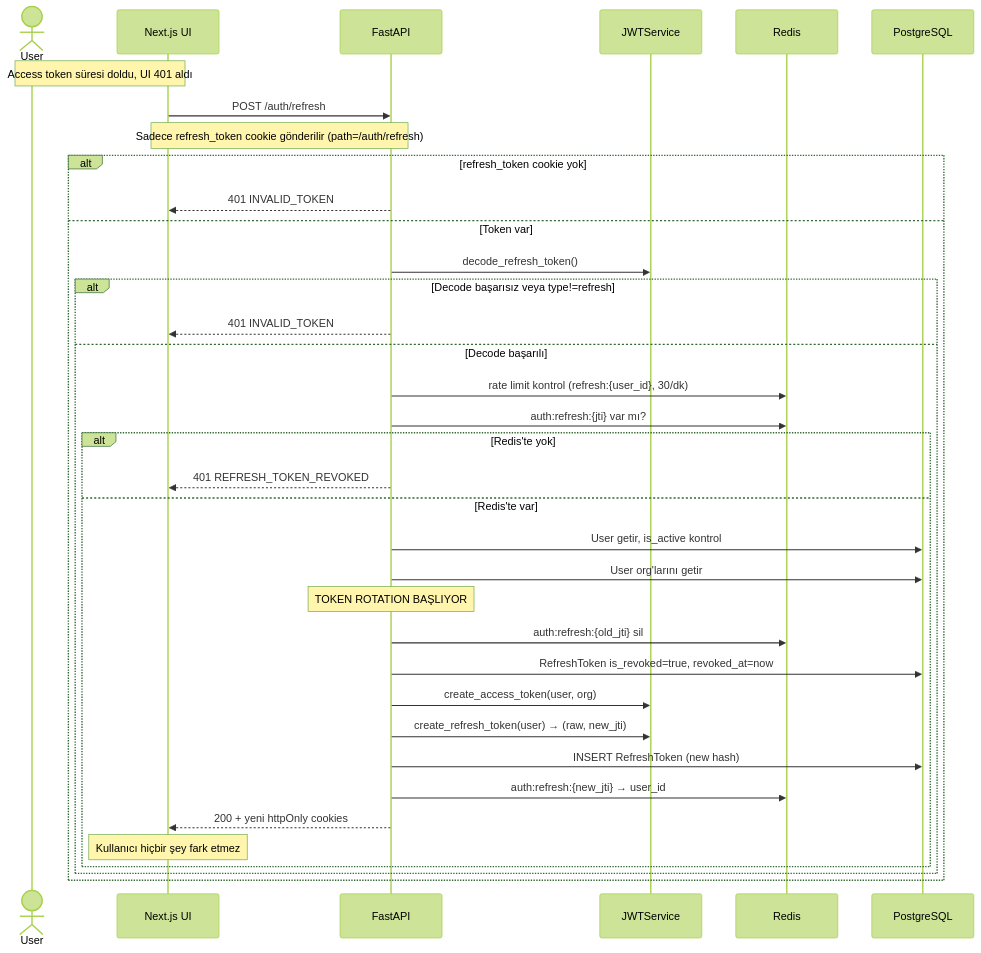
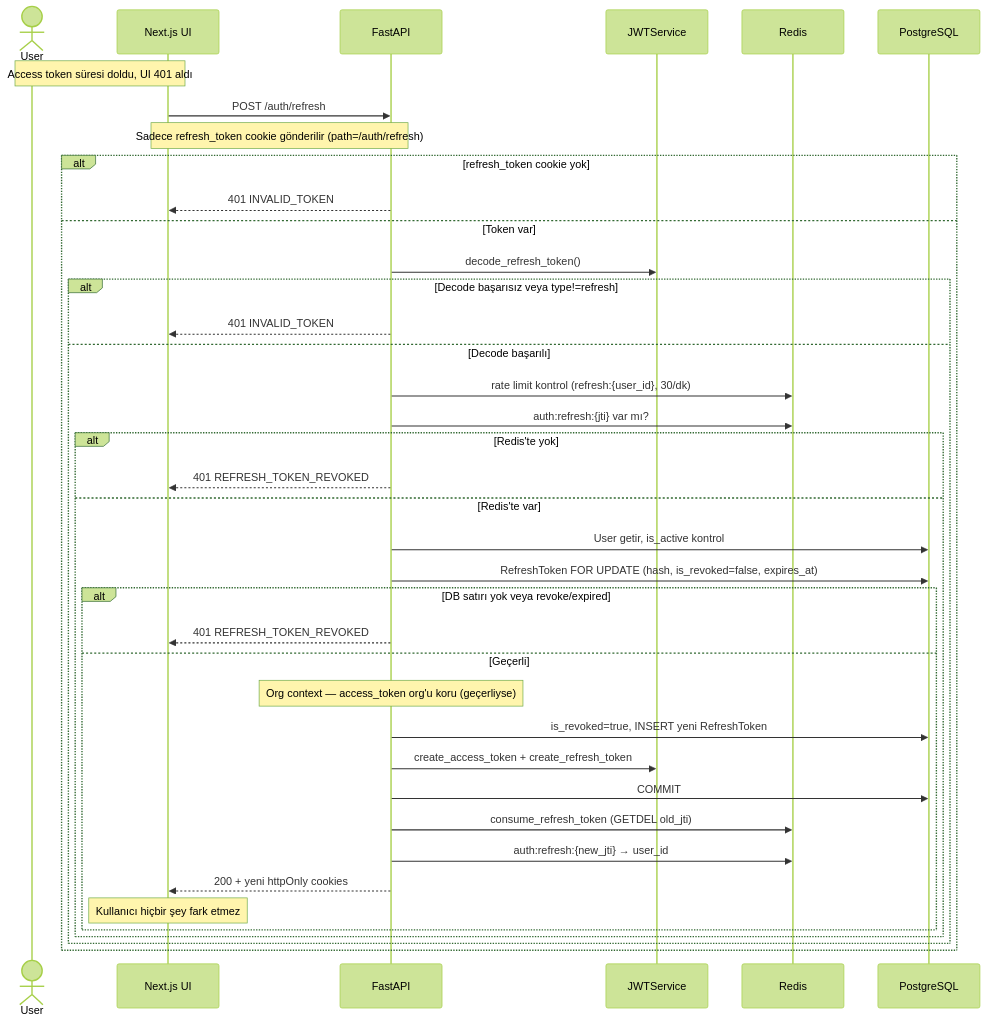
Before and after one commit to kutluhaan/AI-Agent-Observatory-House: the first of 6 diagrams in docs/diagrams/mermaid-codes/M4-diagrams.md, drawn with Mermaid (forest theme). The commit also changed other lines of this file and 7 other files, not shown here.

Commit message:
Mark M4 complete in docs and align diagrams with implementation.

````diff
--- a/docs/diagrams/mermaid-codes/M4-diagrams.md
+++ b/docs/diagrams/mermaid-codes/M4-diagrams.md
@@ -5,40 +5,43 @@
 ```mermaid
 sequenceDiagram
     actor User
     participant UI as Next.js UI
     participant API as FastAPI
     participant JWT as JWTService
     participant Redis
     participant DB as PostgreSQL
 
     Note over User,UI: Access token süresi doldu, UI 401 aldı
     UI->>API: POST /auth/refresh
     Note over UI,API: Sadece refresh_token cookie gönderilir (path=/auth/refresh)
 
     alt refresh_token cookie yok
         API-->>UI: 401 INVALID_TOKEN
     else Token var
         API->>JWT: decode_refresh_token()
         alt Decode başarısız veya type!=refresh
             API-->>UI: 401 INVALID_TOKEN
         else Decode başarılı
             API->>Redis: rate limit kontrol (refresh:{user_id}, 30/dk)
             API->>Redis: auth:refresh:{jti} var mı?
             alt Redis'te yok
                 API-->>UI: 401 REFRESH_TOKEN_REVOKED
             else Redis'te var
                 API->>DB: User getir, is_active kontrol
-                API->>DB: User org'larını getir
-                Note over API: TOKEN ROTATION BAŞLIYOR
-                API->>Redis: auth:refresh:{old_jti} sil
-                API->>DB: RefreshToken is_revoked=true, revoked_at=now
-                API->>JWT: create_access_token(user, org)
-                API->>JWT: create_refresh_token(user) → (raw, new_jti)
-                API->>DB: INSERT RefreshToken (new hash)
-                API->>Redis: auth:refresh:{new_jti} → user_id
-                API-->>UI: 200 + yeni httpOnly cookies
-                Note over UI: Kullanıcı hiçbir şey fark etmez
+                API->>DB: RefreshToken FOR UPDATE (hash, is_revoked=false, expires_at)
+                alt DB satırı yok veya revoke/expired
+                    API-->>UI: 401 REFRESH_TOKEN_REVOKED
+                else Geçerli
+                    Note over API: Org context — access_token org'u koru (geçerliyse)
+                    API->>DB: is_revoked=true, INSERT yeni RefreshToken
+                    API->>JWT: create_access_token + create_refresh_token
+                    API->>DB: COMMIT
+                    API->>Redis: consume_refresh_token (GETDEL old_jti)
+                    API->>Redis: auth:refresh:{new_jti} → user_id
+                    API-->>UI: 200 + yeni httpOnly cookies
+                    Note over UI: Kullanıcı hiçbir şey fark etmez
+                end
             end
         end
     end
 ```
````
